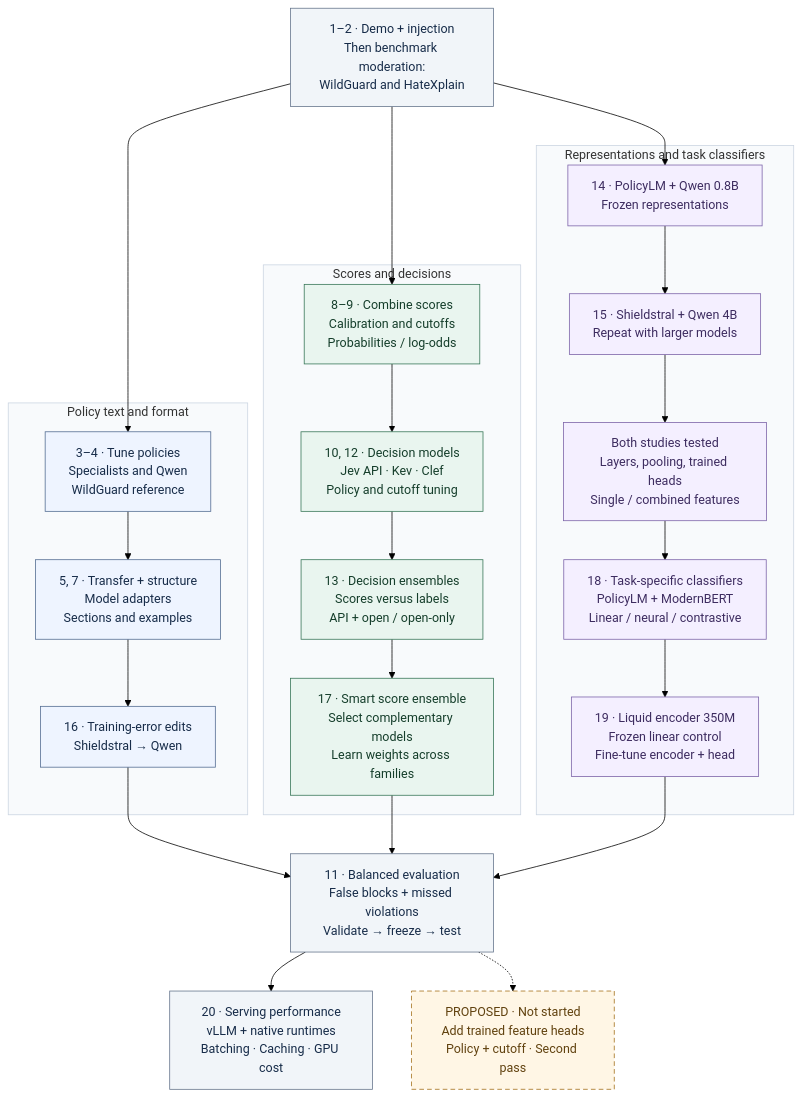
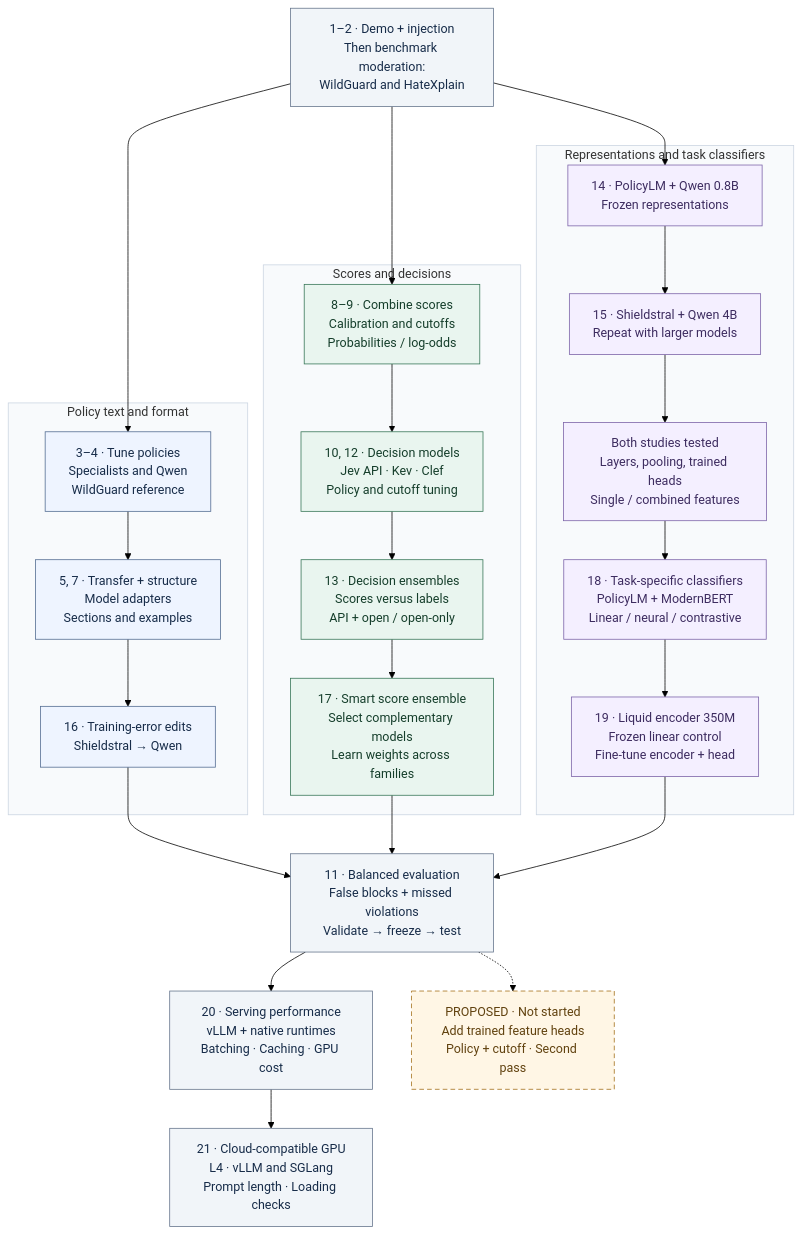
Before and after one commit to harshsinghal/safeguard-eval: the diagram in README.md, drawn with Mermaid (forest theme). The commit also changed other lines of this file and 282 other files, not shown here.

Commit message:
Publish L4 engine, prompt-length and deployment study

````diff
--- a/README.md
+++ b/README.md
@@ -19,52 +19,53 @@
 ```mermaid
 flowchart TB
     START["1–2 · Demo + injection<br/>Then benchmark moderation:<br/>WildGuard and HateXplain"]
 
     subgraph POLICY["Policy text and format"]
         P1["3–4 · Tune policies<br/>Specialists and Qwen<br/>WildGuard reference"]
         P2["5, 7 · Transfer + structure<br/>Model adapters<br/>Sections and examples"]
         P3["16 · Training-error edits<br/>Shieldstral → Qwen"]
         P1 --> P2 --> P3
     end
 
     subgraph SCORES["Scores and decisions"]
         S1["8–9 · Combine scores<br/>Calibration and cutoffs<br/>Probabilities / log-odds"]
         S2["10, 12 · Decision models<br/>Jev API · Kev · Clef<br/>Policy and cutoff tuning"]
         S3["13 · Decision ensembles<br/>Scores versus labels<br/>API + open / open-only"]
         S4["17 · Smart score ensemble<br/>Select complementary models<br/>Learn weights across families"]
         S1 --> S2 --> S3 --> S4
     end
 
     subgraph FEATURES["Representations and task classifiers"]
         F1["14 · PolicyLM + Qwen 0.8B<br/>Frozen representations"]
         F2["15 · Shieldstral + Qwen 4B<br/>Repeat with larger models"]
         F3["Both studies tested<br/>Layers, pooling, trained heads<br/>Single / combined features"]
         F4["18 · Task-specific classifiers<br/>PolicyLM + ModernBERT<br/>Linear / neural / contrastive"]
         F5["19 · Liquid encoder 350M<br/>Frozen linear control<br/>Fine-tune encoder + head"]
         F1 --> F2 --> F3 --> F4 --> F5
     end
 
     START --> P1
     START --> S1
     START --> F1
     P3 --> EVIDENCE
     S4 --> EVIDENCE
     F5 --> EVIDENCE
     EVIDENCE["11 · Balanced evaluation<br/>False blocks + missed violations<br/>Validate → freeze → test"]
     EVIDENCE --> SERVING["20 · Serving performance<br/>vLLM + native runtimes<br/>Batching · Caching · GPU cost"]
+    SERVING --> CLOUD["21 · Cloud-compatible GPU<br/>L4 · vLLM and SGLang<br/>Prompt length · Loading checks"]
     EVIDENCE -.-> NEXT["PROPOSED · Not started<br/>Add trained feature heads<br/>Policy + cutoff · Second pass"]
 
     classDef neutral fill:#f1f5f9,stroke:#64748b,color:#172c49;
     classDef policy fill:#eef4ff,stroke:#526b91,color:#172c49;
     classDef scores fill:#e9f5ef,stroke:#367556,color:#153e2b;
     classDef features fill:#f4efff,stroke:#7b63a8,color:#3d2c60;
     classDef proposed fill:#fff6e5,stroke:#a36e16,color:#61420f,stroke-dasharray:6 4;
-    class START,EVIDENCE,SERVING neutral;
+    class START,EVIDENCE,SERVING,CLOUD neutral;
     class P1,P2,P3 policy;
     class S1,S2,S3,S4 scores;
     class F1,F2,F3,F4,F5 features;
     class NEXT proposed;
     style POLICY fill:#f8fafc,stroke:#cbd5e1
     style SCORES fill:#f8fafc,stroke:#cbd5e1
     style FEATURES fill:#f8fafc,stroke:#cbd5e1
 ```
````
